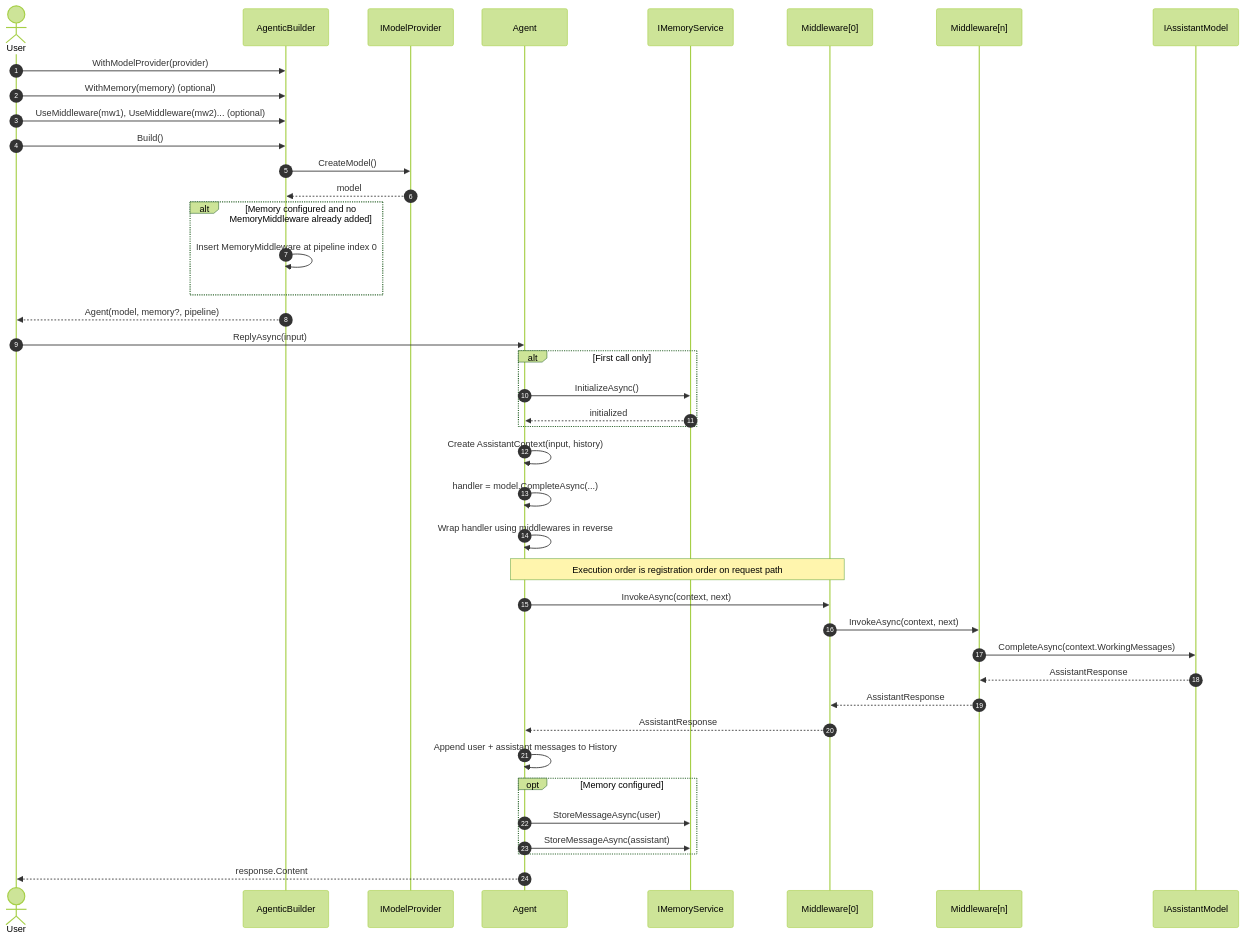
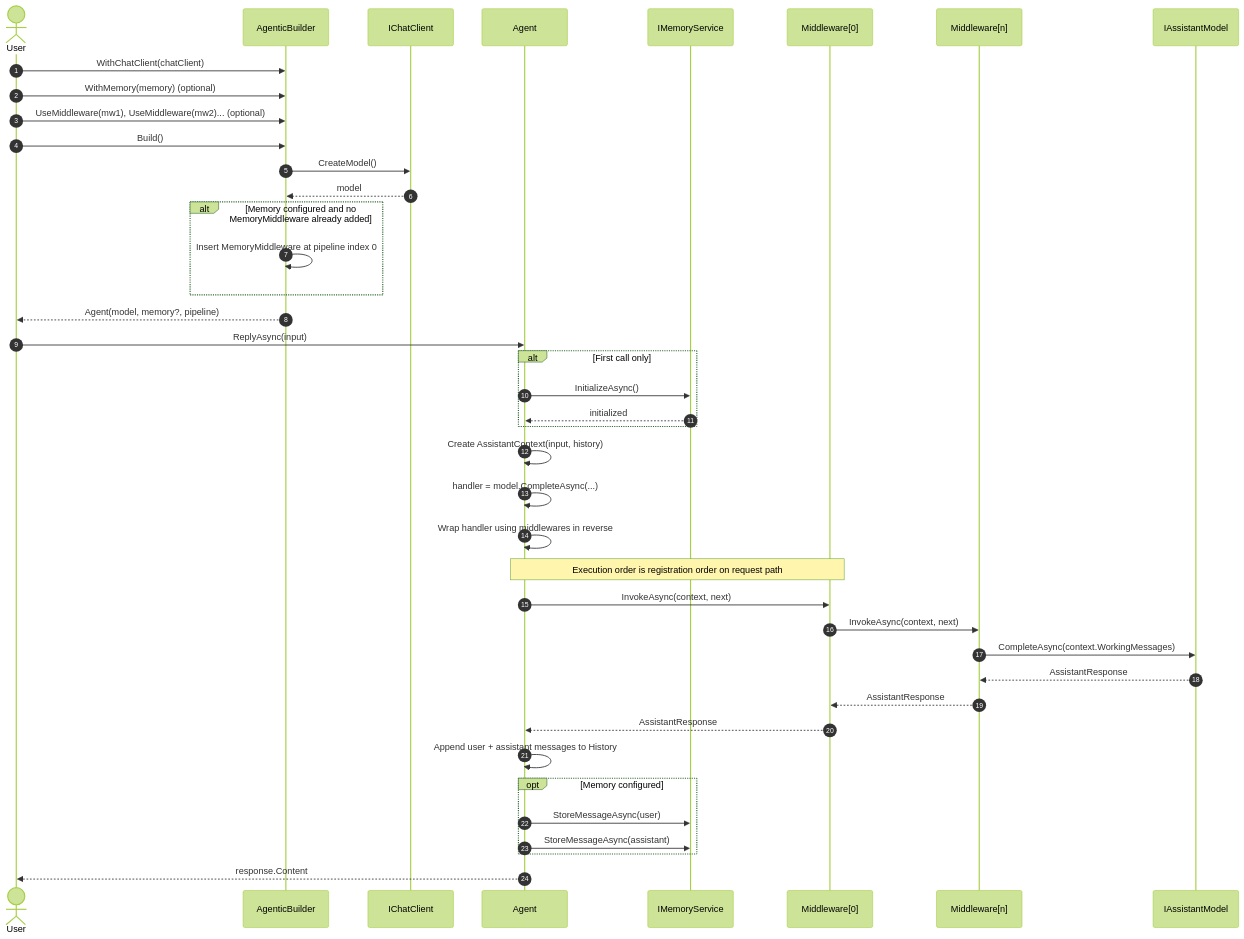
Before and after one commit to oorosh/agentic.net: the diagram in docs/solution-sequence.mmd, drawn with Mermaid (forest theme). The commit also changed 51 other files, not shown here.

```diff
--- a/docs/solution-sequence.mmd
+++ b/docs/solution-sequence.mmd
@@ -1,53 +1,53 @@
 sequenceDiagram
     autonumber
     actor User
     participant Builder as AgenticBuilder
-    participant Provider as IModelProvider
+    participant Provider as IChatClient
     participant Assistant as Agent
     participant Memory as IMemoryService
     participant MW1 as Middleware[0]
     participant MWn as Middleware[n]
     participant Model as IAssistantModel
 
-    User->>Builder: WithModelProvider(provider)
+    User->>Builder: WithChatClient(chatClient)
     User->>Builder: WithMemory(memory) (optional)
     User->>Builder: UseMiddleware(mw1), UseMiddleware(mw2)... (optional)
     User->>Builder: Build()
 
     Builder->>Provider: CreateModel()
     Provider-->>Builder: model
 
     alt Memory configured and no MemoryMiddleware already added
         Builder->>Builder: Insert MemoryMiddleware at pipeline index 0
     end
 
     Builder-->>User: Agent(model, memory?, pipeline)
 
     User->>Assistant: ReplyAsync(input)
 
     alt First call only
         Assistant->>Memory: InitializeAsync()
         Memory-->>Assistant: initialized
     end
 
     Assistant->>Assistant: Create AssistantContext(input, history)
     Assistant->>Assistant: handler = model.CompleteAsync(...)
     Assistant->>Assistant: Wrap handler using middlewares in reverse
 
     Note over Assistant,MW1: Execution order is registration order on request path
 
     Assistant->>MW1: InvokeAsync(context, next)
     MW1->>MWn: InvokeAsync(context, next)
     MWn->>Model: CompleteAsync(context.WorkingMessages)
     Model-->>MWn: AssistantResponse
     MWn-->>MW1: AssistantResponse
     MW1-->>Assistant: AssistantResponse
 
     Assistant->>Assistant: Append user + assistant messages to History
 
     opt Memory configured
         Assistant->>Memory: StoreMessageAsync(user)
         Assistant->>Memory: StoreMessageAsync(assistant)
     end
 
     Assistant-->>User: response.Content
```
